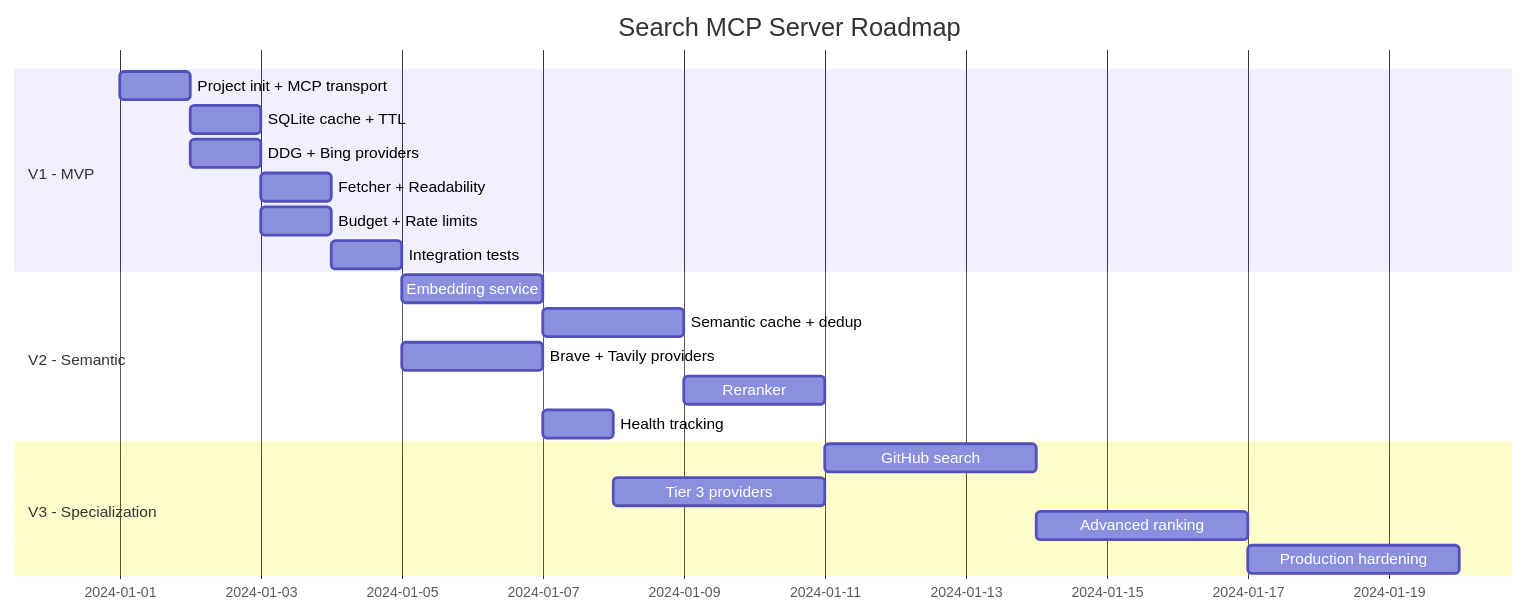
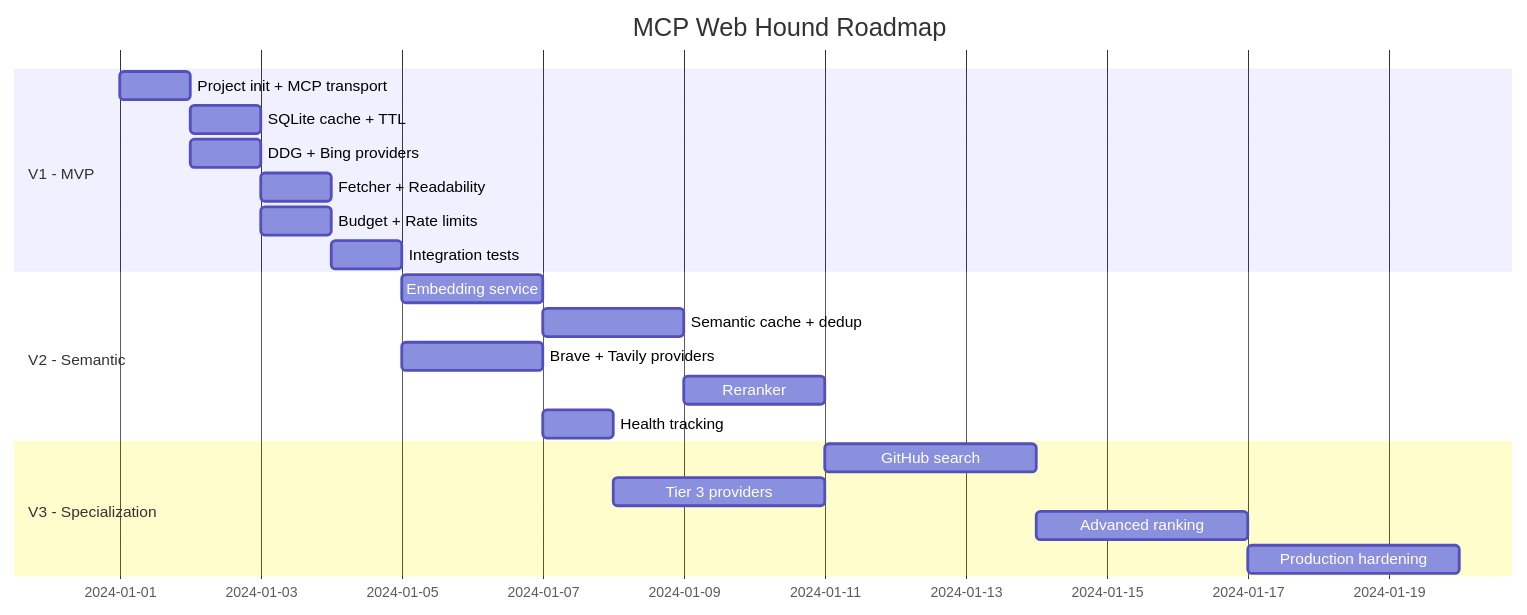
Before and after one commit to ilgizar-valiullin/mcp-web-hound: the diagram in docs/roadmap.md, drawn with Mermaid. The commit also changed other lines of this file and 28 other files, not shown here.

````diff
--- a/docs/roadmap.md
+++ b/docs/roadmap.md
@@ -121,26 +121,26 @@
 ```mermaid
 gantt
-    title Search MCP Server Roadmap
+    title MCP Web Hound Roadmap
     dateFormat  YYYY-MM-DD
     
     section V1 - MVP
     Project init + MCP transport     :v1_1, 2024-01-01, 1d
     SQLite cache + TTL               :v1_2, after v1_1, 1d
     DDG + Bing providers             :v1_3, after v1_1, 1d
     Fetcher + Readability            :v1_4, after v1_2, 1d
     Budget + Rate limits             :v1_5, after v1_3, 1d
     Integration tests                :v1_6, after v1_5, 1d
     
     section V2 - Semantic
     Embedding service                :v2_1, after v1_6, 2d
     Semantic cache + dedup           :v2_2, after v2_1, 2d
     Brave + Tavily providers         :v2_3, after v1_6, 2d
     Reranker                         :v2_4, after v2_2, 2d
     Health tracking                  :v2_5, after v2_3, 1d
     
     section V3 - Specialization
     GitHub search                    :v3_1, after v2_4, 3d
     Tier 3 providers                 :v3_3, after v2_5, 3d
     Advanced ranking                 :v3_4, after v3_1, 3d
     Production hardening             :v3_5, after v3_4, 3d
 ```
````
